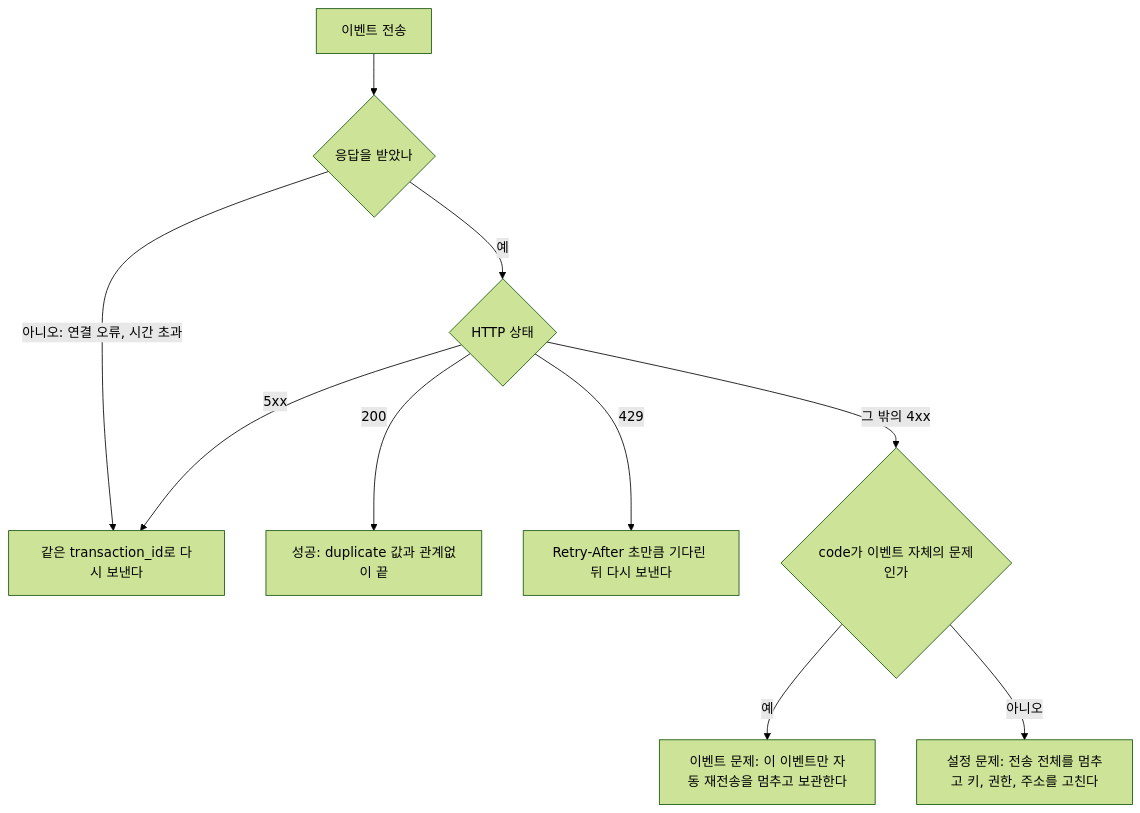
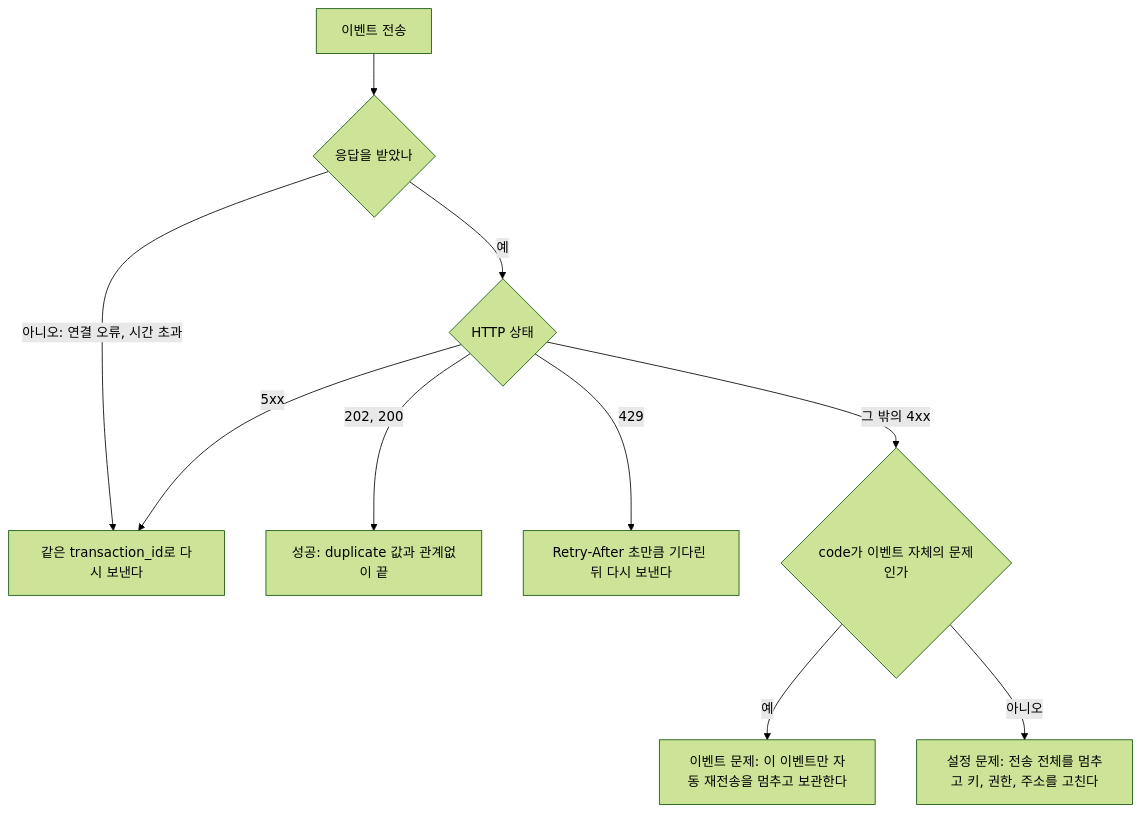
One commit to asm17-ms2/meterengine changed the diagram in guide/integration/retries.mdx. Above: the diagram before and after it, drawn with Mermaid (forest theme). The commit also changed other lines of this file and 65 other files, not shown here.

````diff
--- a/guide/integration/retries.mdx
+++ b/guide/integration/retries.mdx
@@ -14,12 +14,12 @@
 ```mermaid
 flowchart TD
   A["이벤트 전송"] --> B{"응답을 받았나"}
   B -- "아니오: 연결 오류, 시간 초과" --> R["같은 transaction_id로 다시 보낸다"]
   B -- "예" --> C{"HTTP 상태"}
-  C -- "200" --> D["성공: duplicate 값과 관계없이 끝"]
+  C -- "202, 200" --> D["성공: duplicate 값과 관계없이 끝"]
   C -- "429" --> W["Retry-After 초만큼 기다린 뒤 다시 보낸다"]
   C -- "5xx" --> R
   C -- "그 밖의 4xx" --> E{"code가 이벤트 자체의 문제인가"}
   E -- "예" --> P["이벤트 문제: 이 이벤트만 자동 재전송을 멈추고 보관한다"]
   E -- "아니오" --> S["설정 문제: 전송 전체를 멈추고 키, 권한, 주소를 고친다"]
 ```
````
